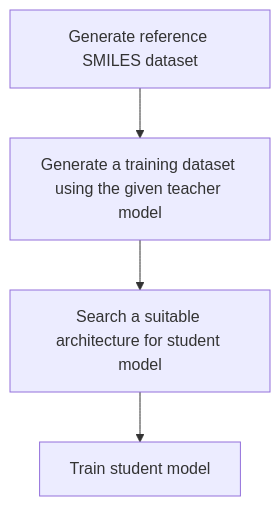
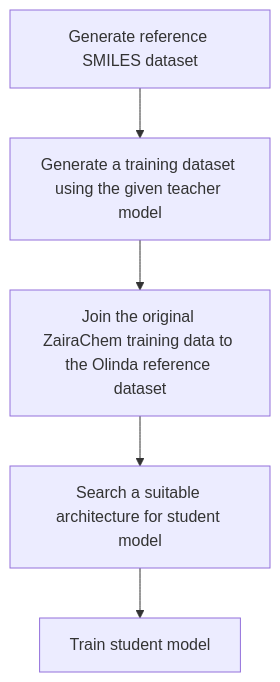
The diagram in README.md (ersilia-os/olinda), drawn with Mermaid before and after one commit. The commit also changed other lines of this file and 2 other files, not shown here.

````diff
--- a/README.md
+++ b/README.md
@@ -38,4 +67,4 @@
 ```mermaid
   graph TD;
-  A[Generate reference SMILES dataset] --> B[Generate a training dataset using the given teacher model] --> C[Search a suitable architecture for student model] --> D[Train student model]
+  A[Generate reference SMILES dataset] --> B[Generate a training dataset using the given teacher model] --> C[Join the original ZairaChem training data to the Olinda reference dataset] --> D[Search a suitable architecture for student model] --> E[Train student model]
 ```
````
